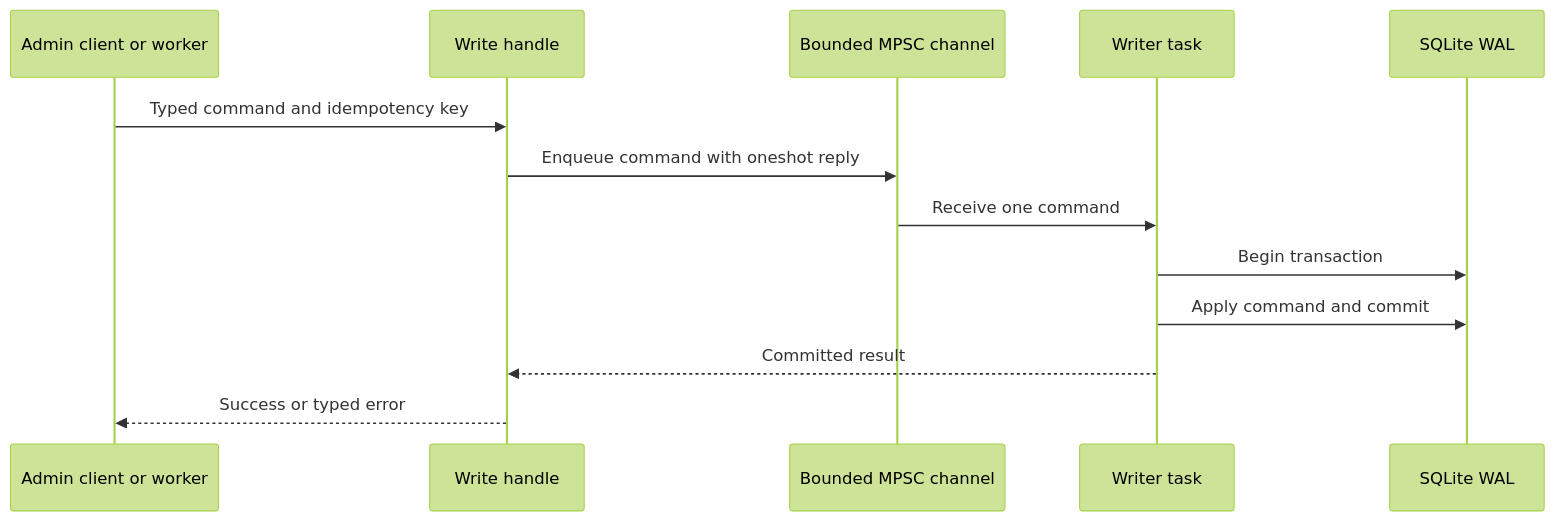
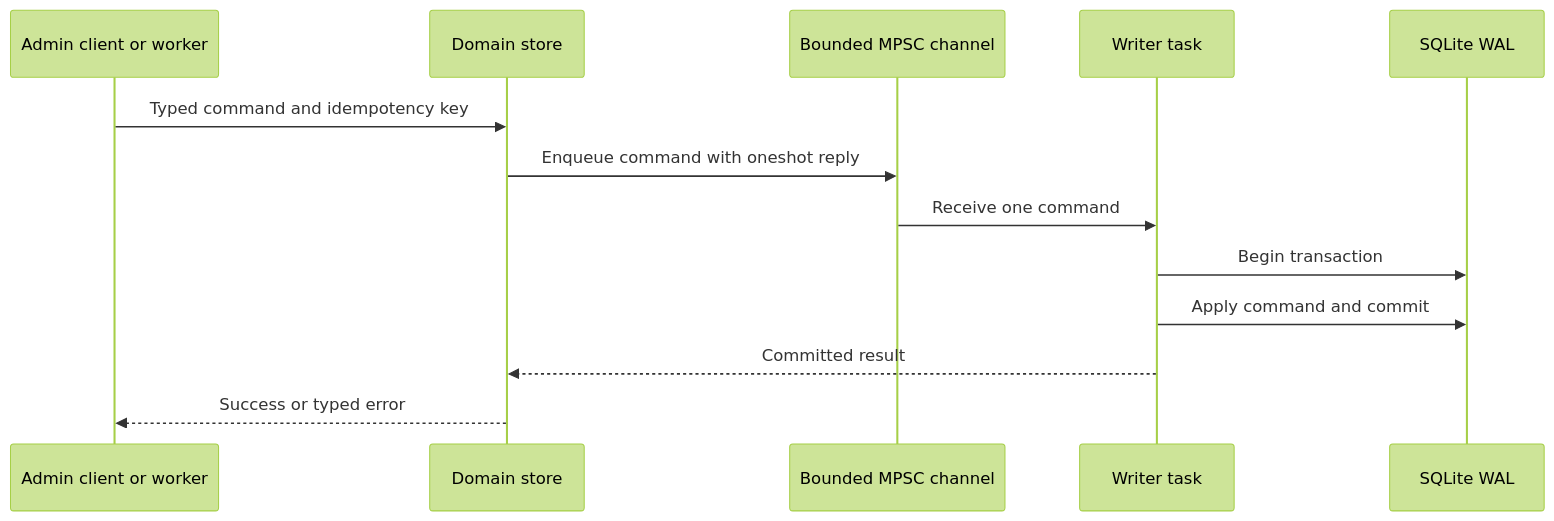
One commit to tee8z/maincopy changed the fourth of 6 diagrams in DESIGN.md. Above: the diagram before and after it, drawn with Mermaid (forest theme). The commit also changed other lines of this file and 50 other files, not shown here.

````diff
--- a/DESIGN.md
+++ b/DESIGN.md
@@ -1130,16 +1169,16 @@
 ```mermaid
 sequenceDiagram
     participant C as Admin client or worker
-    participant H as Write handle
+    participant H as Domain store
     participant Q as Bounded MPSC channel
     participant W as Writer task
     participant D as SQLite WAL
 
     C->>H: Typed command and idempotency key
     H->>Q: Enqueue command with oneshot reply
     Q->>W: Receive one command
     W->>D: Begin transaction
     W->>D: Apply command and commit
     W-->>H: Committed result
     H-->>C: Success or typed error
 ```
````
